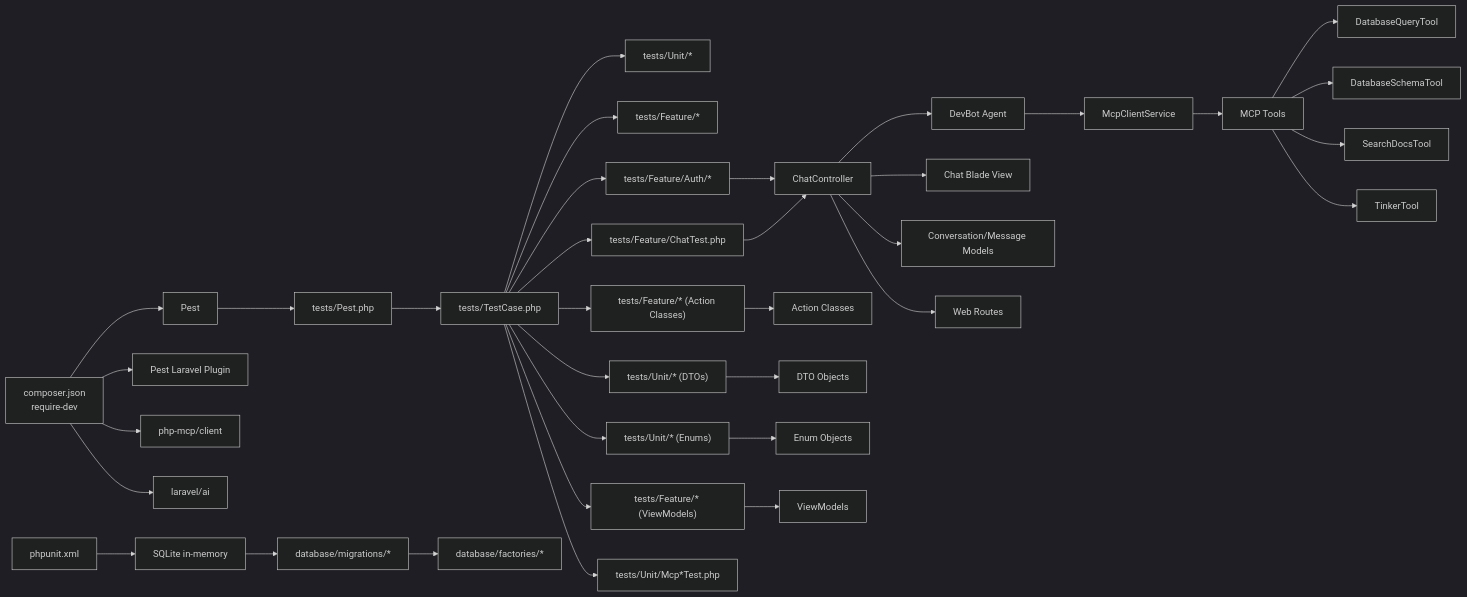
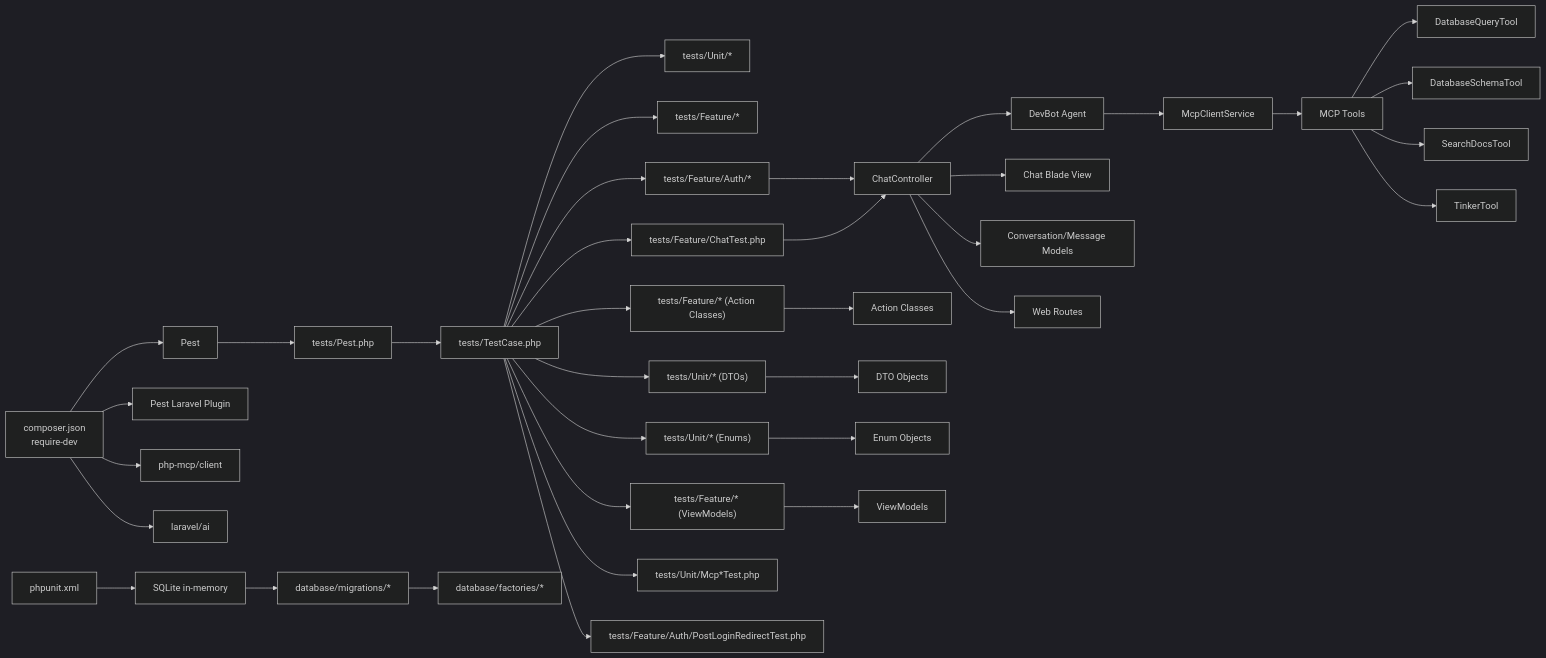
One commit to siimliimand/laravel-assistant changed diagram 12 of 12 in .qoder/repowiki/en/content/Testing Infrastructure/Testing Infrastructure.md. Above: the diagram before and after it, drawn with Mermaid (dark theme). The commit also changed other lines of this file and 5 other files, not shown here.

````diff
--- a/.qoder/repowiki/en/content/Testing Infrastructure/Testing Infrastructure.md
+++ b/.qoder/repowiki/en/content/Testing Infrastructure/Testing Infrastructure.md
@@ -1084,37 +1145,38 @@
 ```mermaid
 graph LR
 Composer["composer.json<br/>require-dev"] --> PestDep["Pest"]
 Composer --> PestLaravelPlugin["Pest Laravel Plugin"]
 Composer --> McpLib["php-mcp/client"]
 Composer --> LaravelAI["laravel/ai"]
 PestDep --> PestBootstrap["tests/Pest.php"]
 PestBootstrap --> BaseTC["tests/TestCase.php"]
 BaseTC --> UnitTests["tests/Unit/*"]
 BaseTC --> FeatureTests["tests/Feature/*"]
 BaseTC --> AuthTests["tests/Feature/Auth/*"]
 BaseTC --> ActionTests["tests/Feature/* (Action Classes)"]
 BaseTC --> DTOs["tests/Unit/* (DTOs)"]
 BaseTC --> Enums["tests/Unit/* (Enums)"]
 BaseTC --> ViewModelTests["tests/Feature/* (ViewModels)"]
 BaseTC --> ChatTests["tests/Feature/ChatTest.php"]
 BaseTC --> McpTests["tests/Unit/Mcp*Test.php"]
+BaseTC --> PostLoginTests["tests/Feature/Auth/PostLoginRedirectTest.php"]
 PHPUnitXML["phpunit.xml"] --> DBConfig["SQLite in-memory"]
 DBConfig --> Migrations["database/migrations/*"]
 Migrations --> Factories["database/factories/*"]
 AuthTests --> Controller["ChatController"]
 ActionTests --> AC["Action Classes"]
 DTOs --> DTOObjects["DTO Objects"]
 Enums --> EnumObjects["Enum Objects"]
 ViewModelTests --> VMOD["ViewModels"]
 ChatTests --> Controller
 Controller --> DevBot["DevBot Agent"]
 DevBot --> McpClient["McpClientService"]
 McpClient --> McpTools["MCP Tools"]
 McpTools --> DatabaseQuery["DatabaseQueryTool"]
 McpTools --> DatabaseSchema["DatabaseSchemaTool"]
 McpTools --> SearchDocs["SearchDocsTool"]
 McpTools --> Tinker["TinkerTool"]
 Controller --> Views["Chat Blade View"]
 Controller --> Models["Conversation/Message Models"]
 Controller --> Routes["Web Routes"]
 ```
````
